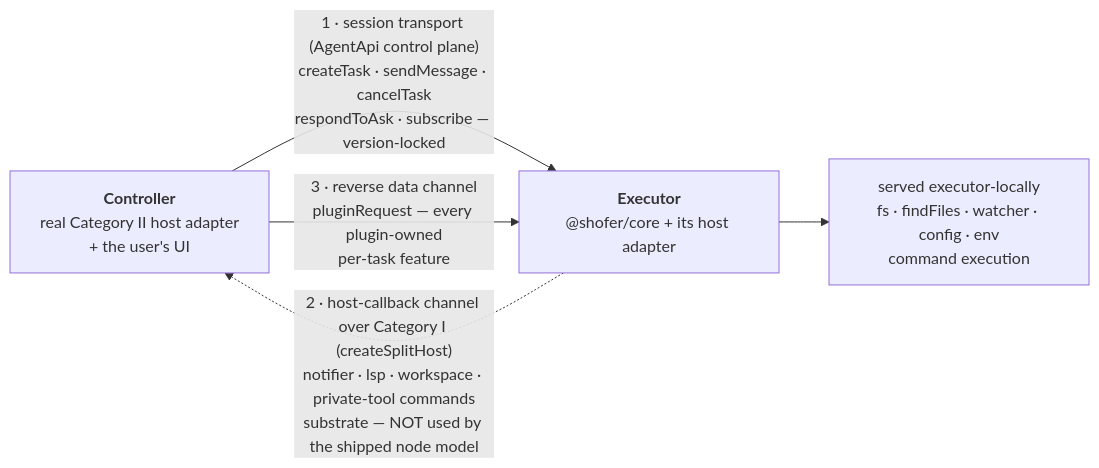
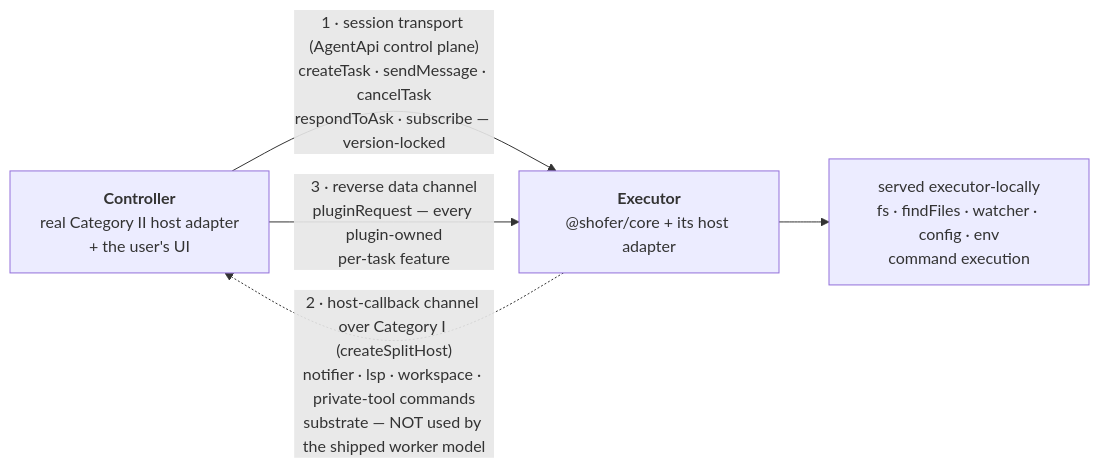
The third of 3 diagrams in docs/v3_architecture.md (shofer-dev/shofer), drawn with Mermaid before and after one commit. The commit also changed other lines of this file and 65 other files, not shown here.

````diff
--- a/docs/v3_architecture.md
+++ b/docs/v3_architecture.md
@@ -335,11 +335,11 @@
 ```mermaid
 flowchart LR
     CTRL["<b>Controller</b><br/>real Category II host adapter<br/>+ the user's UI"]
     EXEC["<b>Executor</b><br/>@shofer/core + its host adapter"]
     LOC["served executor-locally<br/>fs · findFiles · watcher · config · env<br/>command execution"]
 
     CTRL -->|"1 · session transport (AgentApi control plane)<br/>createTask · sendMessage · cancelTask<br/>respondToAsk · subscribe — version-locked"| EXEC
     CTRL -->|"3 · reverse data channel<br/>pluginRequest — every plugin-owned<br/>per-task feature"| EXEC
-    EXEC -.->|"2 · host-callback channel over Category I (createSplitHost)<br/>notifier · lsp · workspace · private-tool commands<br/>substrate — NOT used by the shipped node model"| CTRL
+    EXEC -.->|"2 · host-callback channel over Category I (createSplitHost)<br/>notifier · lsp · workspace · private-tool commands<br/>substrate — NOT used by the shipped worker model"| CTRL
     EXEC --> LOC
 ```
````
